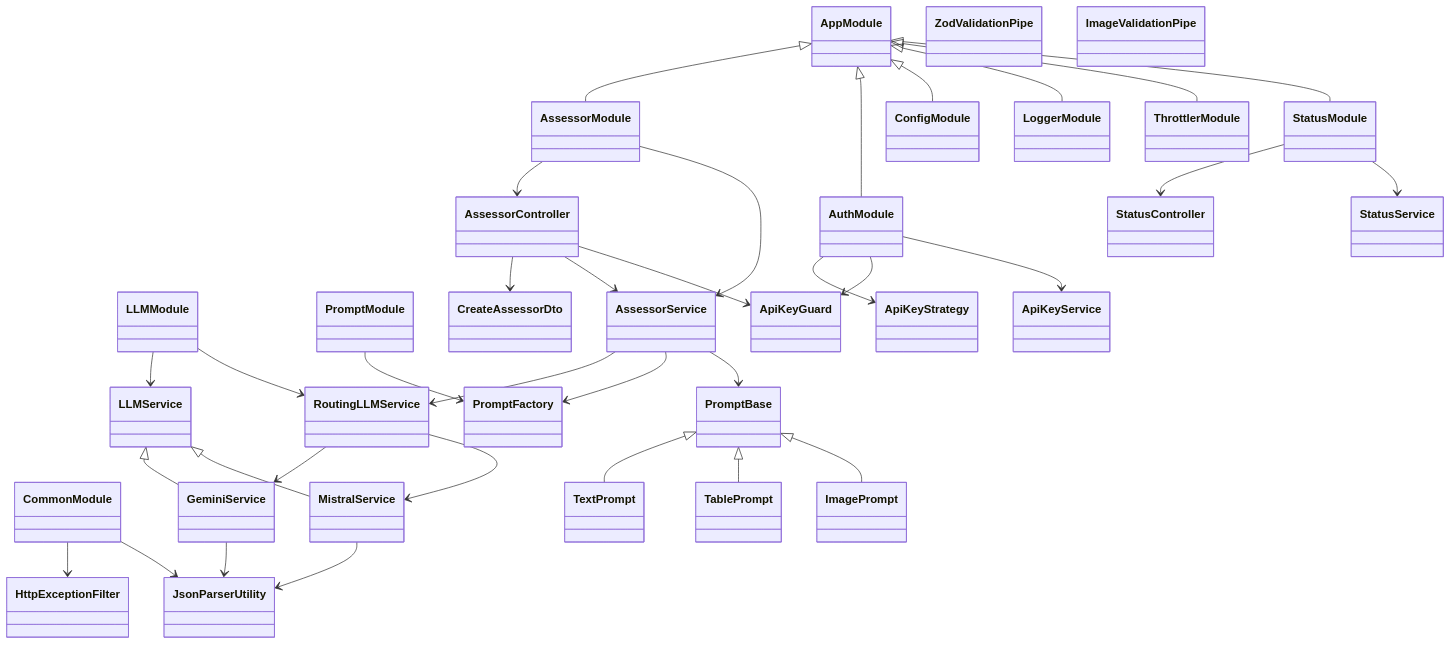
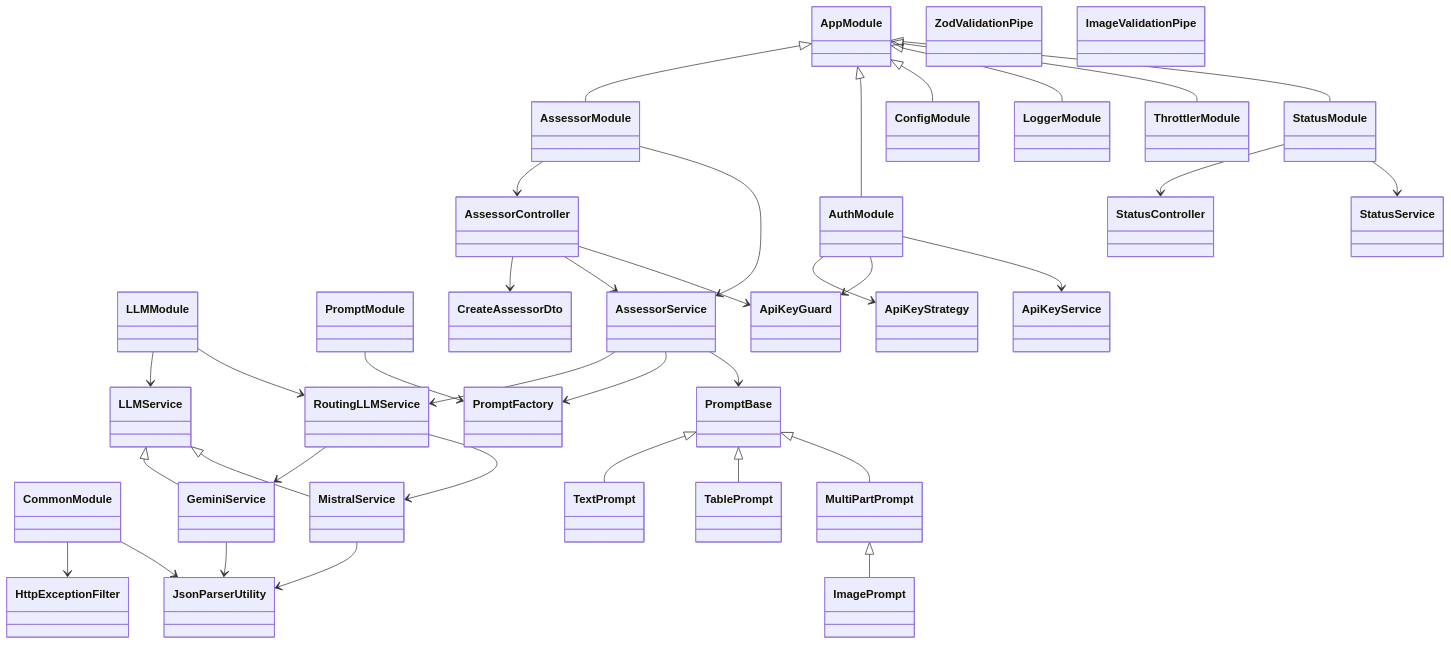
One commit to h-arnold/AssessmentBot-LLM-Service changed the diagram in docs/design/ClassStructure.md. Above: the diagram before and after it, drawn with Mermaid. The commit also changed 73 other files, not shown here.

First line of the commit message:
Migrate image prompts to labelled multi-part messages (#179)

```diff
--- a/docs/design/ClassStructure.md
+++ b/docs/design/ClassStructure.md
@@ -36,6 +36,7 @@
 
     %% Prompt Hierarchy
     class PromptBase
+    class MultiPartPrompt
     class TextPrompt
     class TablePrompt
     class ImagePrompt
@@ -84,7 +85,8 @@
     %% Prompt Inheritance
     PromptBase <|-- TextPrompt
     PromptBase <|-- TablePrompt
-    PromptBase <|-- ImagePrompt
+    PromptBase <|-- MultiPartPrompt
+    MultiPartPrompt <|-- ImagePrompt
 
     %% LLM Service Inheritance
     LLMService <|-- GeminiService
```
